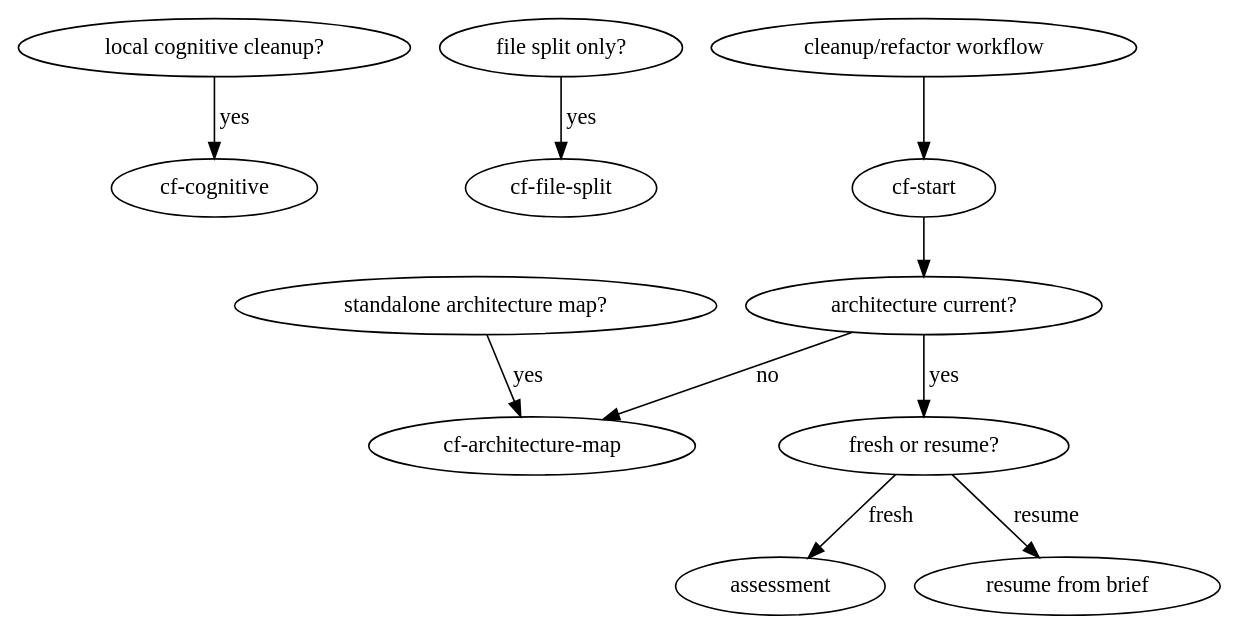
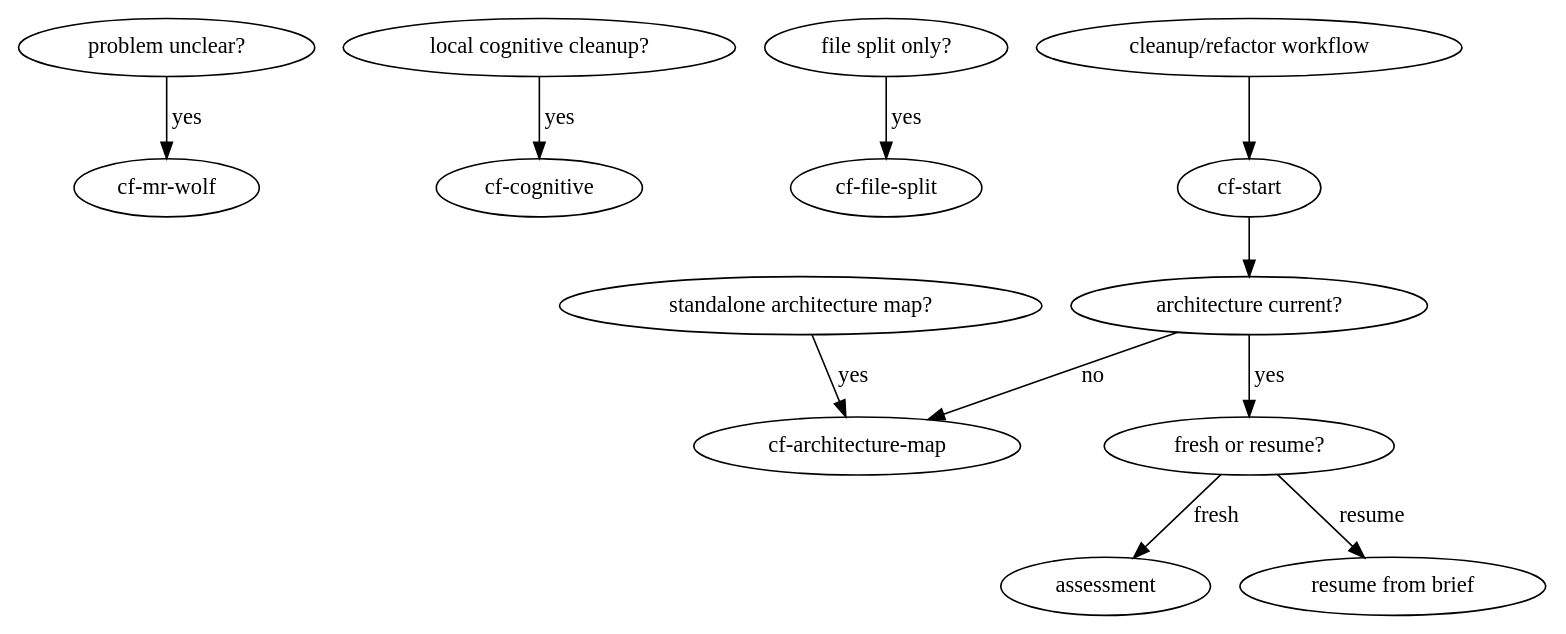
The first of 2 diagrams in skills/cf-start/SKILL.md (gualask/clean-flow), drawn with Graphviz before and after one commit. The commit also changed other lines of this file and 12 other files, not shown here.

````diff
--- a/skills/cf-start/SKILL.md
+++ b/skills/cf-start/SKILL.md
@@ -21,14 +22,15 @@
 ```dot
 digraph cflow_entry {
+  "problem unclear?" -> "cf-mr-wolf" [label="yes"];
   "local cognitive cleanup?" -> "cf-cognitive" [label="yes"];
   "file split only?" -> "cf-file-split" [label="yes"];
   "standalone architecture map?" -> "cf-architecture-map" [label="yes"];
   "cleanup/refactor workflow" -> "cf-start";
 
   "cf-start" -> "architecture current?";
   "architecture current?" -> "cf-architecture-map" [label="no"];
   "architecture current?" -> "fresh or resume?" [label="yes"];
   "fresh or resume?" -> "assessment" [label="fresh"];
   "fresh or resume?" -> "resume from brief" [label="resume"];
 }
 ```
````
